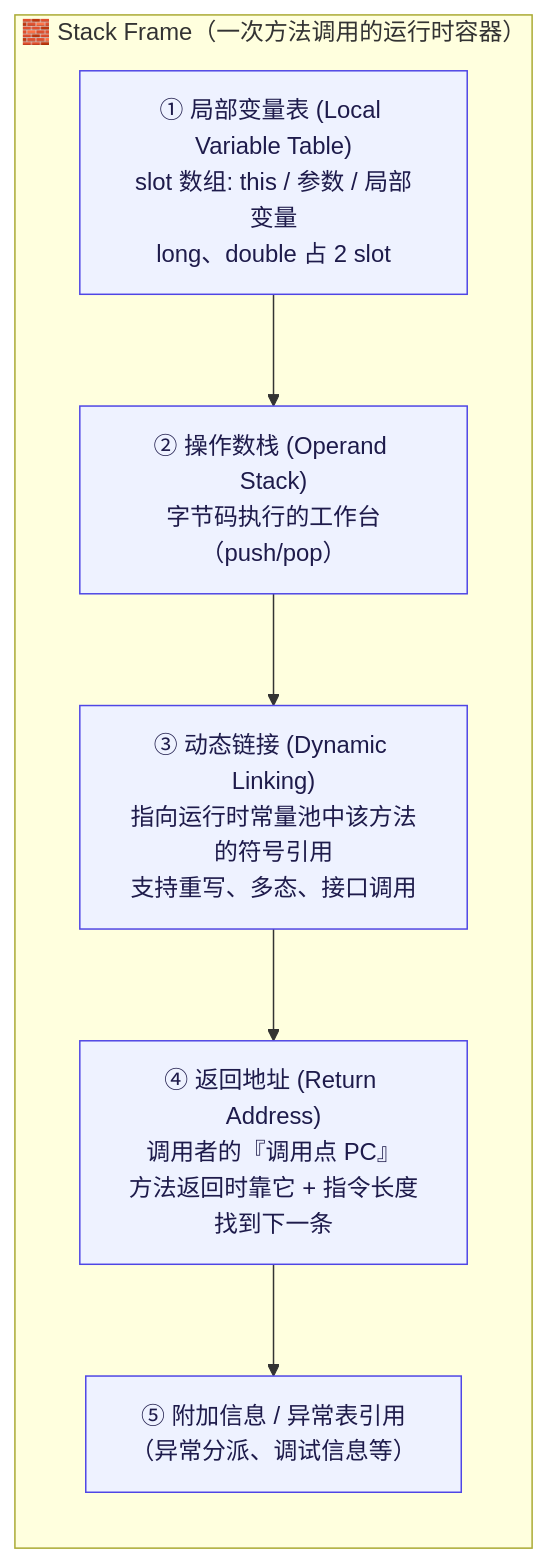
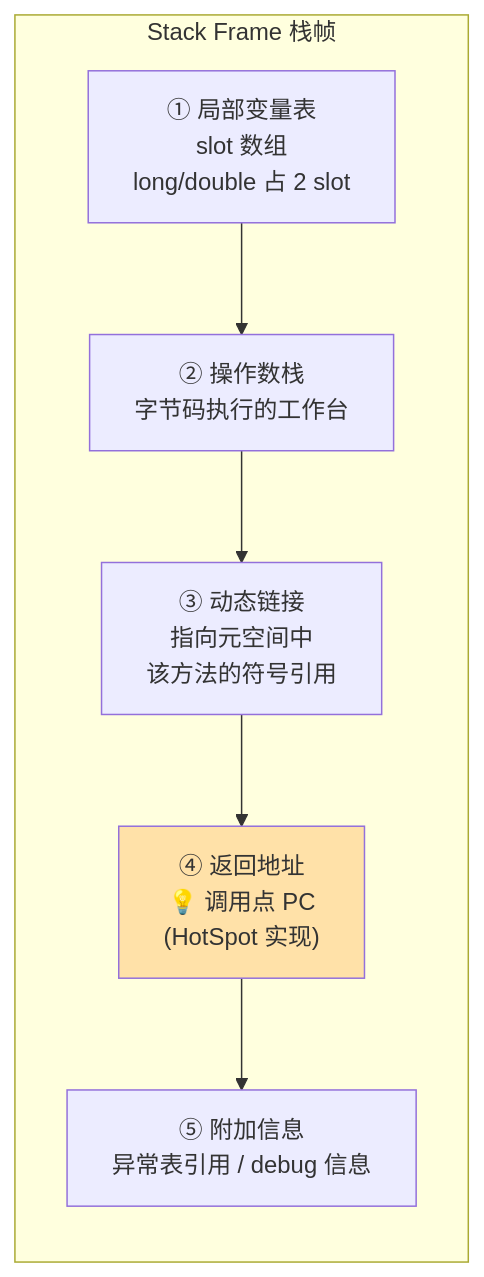
The second of 2 diagrams in docs/01-java-basic/17-JVM 内存分区与对象布局：堆栈元空间三驾马车 + 对象头 Mark Word 的物理透视.md (b1tzer/b1tzer.github.io), drawn with Mermaid before and after one commit. The commit also changed other lines of this file and 23 other files, not shown here.

````diff
--- a/docs/01-java-basic/17-JVM 内存分区与对象布局：堆栈元空间三驾马车 + 对象头 Mark Word 的物理透视.md
+++ b/docs/01-java-basic/17-JVM 内存分区与对象布局：堆栈元空间三驾马车 + 对象头 Mark Word 的物理透视.md
@@ -232,15 +292,16 @@
 ```mermaid
-flowchart TB
-    subgraph Frame["🧱 Stack Frame（一次方法调用的运行时容器）"]
-        direction TB
-        LVT["① 局部变量表 (Local Variable Table)<br/>slot 数组: this / 参数 / 局部变量<br/>long、double 占 2 slot"]
-        OS["② 操作数栈 (Operand Stack)<br/>字节码执行的工作台（push/pop）"]
-        DL["③ 动态链接 (Dynamic Linking)<br/>指向运行时常量池中该方法的符号引用<br/>支持重写、多态、接口调用"]
-        RA["④ 返回地址 (Return Address)<br/>调用者的『调用点 PC』<br/>方法返回时靠它 + 指令长度找到下一条"]
-        EX["⑤ 附加信息 / 异常表引用<br/>（异常分派、调试信息等）"]
-        LVT --> OS --> DL --> RA --> EX
+flowchart LR
+    subgraph Frame["Stack Frame 栈帧"]
+        LVT["① 局部变量表<br/>slot 数组<br/>long/double 占 2 slot"]
+        OS["② 操作数栈<br/>字节码执行的工作台"]
+        DL["③ 动态链接<br/>指向元空间中<br/>该方法的符号引用"]
+        RA["④ 返回地址<br/>💡 调用点 PC<br/>(HotSpot 实现)"]
+        AI["⑤ 附加信息<br/>异常表引用 / debug 信息"]
     end
+    LVT --> OS
+    OS --> DL
+    DL --> RA
+    RA --> AI
 
-    classDef box fill:#EEF2FF,stroke:#4F46E5,color:#1E1B4B
-    class LVT,OS,DL,RA,EX box
+    style RA fill:#ffe1a8
 ```
````
